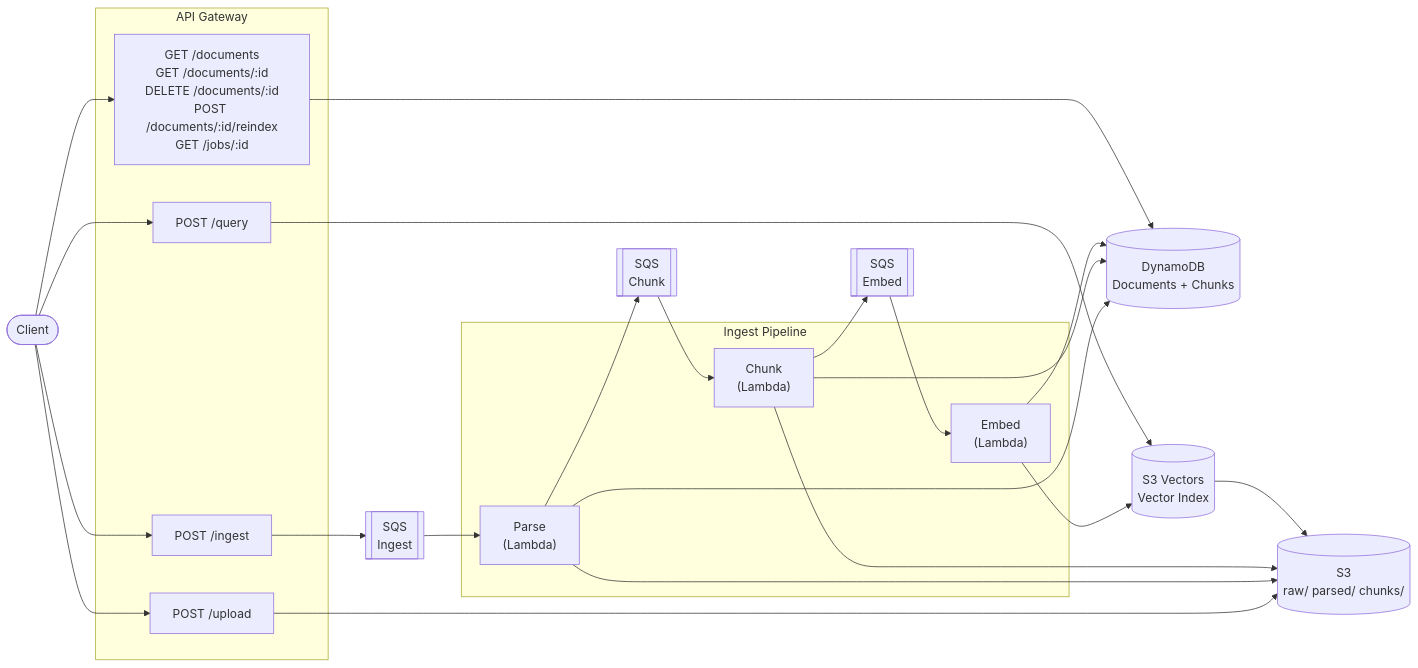
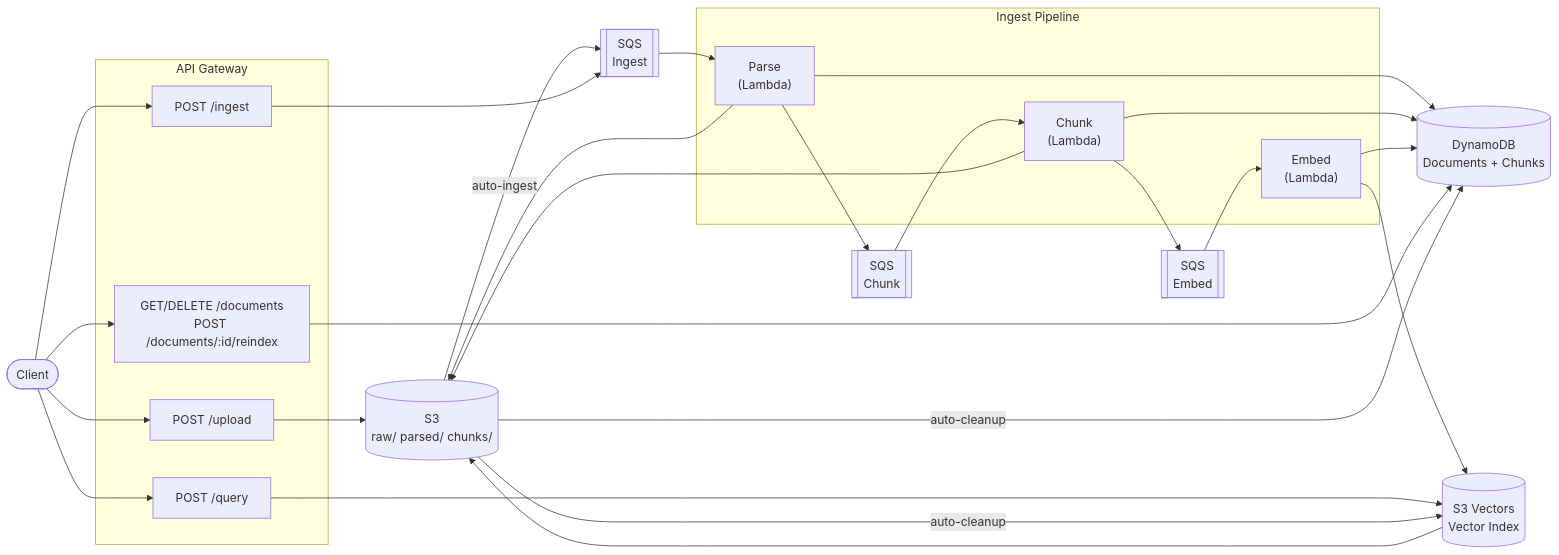
One commit to beeblastco/cheapkb changed the diagram in README.md. Above: the diagram before and after it, drawn with Mermaid. The commit also changed other lines of this file and 1 other file, not shown here.

````diff
--- a/README.md
+++ b/README.md
@@ -11,35 +11,38 @@
 ```mermaid
 flowchart LR
     Client([Client])
 
     subgraph API["API Gateway"]
         Upload["POST /upload"]
         Ingest["POST /ingest"]
         Query["POST /query"]
-        Admin["GET /documents\nGET /documents/:id\nDELETE /documents/:id\nPOST /documents/:id/reindex\nGET /jobs/:id"]
+        Admin["GET/DELETE /documents\nPOST /documents/:id/reindex"]
     end
 
     subgraph IngestPipeline["Ingest Pipeline"]
         Parse["Parse\n(Lambda)"]
         Chunk["Chunk\n(Lambda)"]
         Embed["Embed\n(Lambda)"]
     end
 
     S3[("S3\nraw/ parsed/ chunks/")]
     DynamoDB[("DynamoDB\nDocuments + Chunks")]
     S3Vectors[("S3 Vectors\nVector Index")]
     SQS1[["SQS\nIngest"]]
     SQS2[["SQS\nChunk"]]
     SQS3[["SQS\nEmbed"]]
 
     Client --> Upload --> S3
-    Client --> Ingest --> SQS1 --> Parse --> SQS2 --> Chunk --> SQS3 --> Embed
+    S3 -->|auto-ingest| SQS1 --> Parse --> SQS2 --> Chunk --> SQS3 --> Embed
+    Client --> Ingest --> SQS1
     Parse --> S3
     Parse --> DynamoDB
     Chunk --> S3
     Chunk --> DynamoDB
     Embed --> DynamoDB
     Embed --> S3Vectors
     Client --> Query --> S3Vectors --> S3
     Client --> Admin --> DynamoDB
+    S3 -->|auto-cleanup| DynamoDB
+    S3 -->|auto-cleanup| S3Vectors
 ```
````
